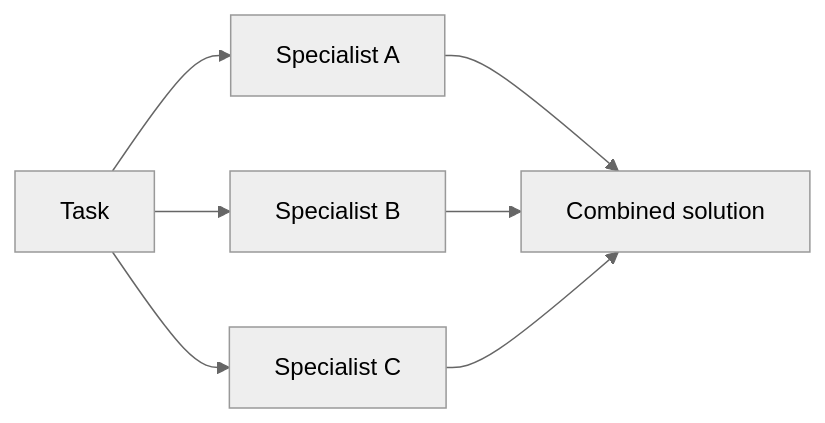
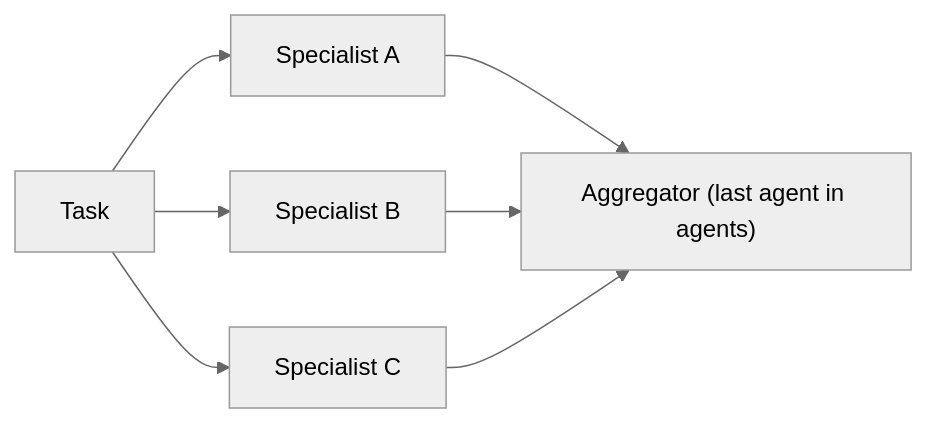
One commit to The-Swarm-Corporation/swarms-api-docs changed the diagram in docs/documentation/multi-agent/mixture_of_agents.mdx. Above: the diagram before and after it, drawn with Mermaid (neutral theme). The commit also changed other lines of this file and 99 other files, not shown here.

````diff
--- a/docs/documentation/multi-agent/mixture_of_agents.mdx
+++ b/docs/documentation/multi-agent/mixture_of_agents.mdx
@@ -20,9 +20,9 @@
 ```mermaid
 flowchart LR
     T["Task"] --> A["Specialist A"]
     T --> B["Specialist B"]
     T --> C["Specialist C"]
-    A --> S["Combined solution"]
+    A --> S["Aggregator (last agent in agents)"]
     B --> S
     C --> S
 ```
````
